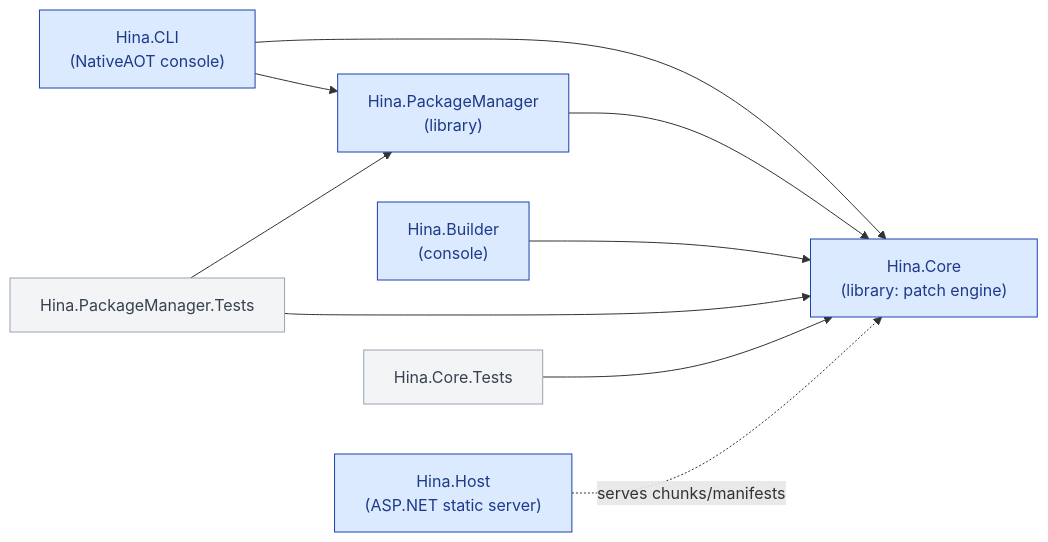
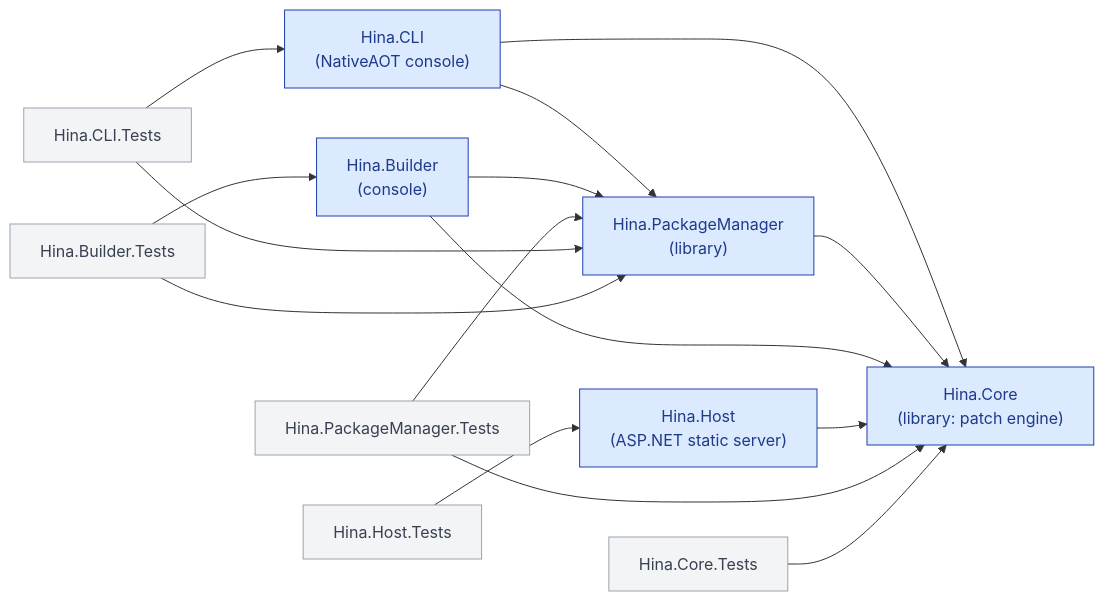
The first of 20 diagrams in docs/Diagrams.md (Arutosio/Hina), drawn with Mermaid before and after one commit. The commit also changed other lines of this file and 4 other files, not shown here.

First line of the commit message:
docs: refresh architecture, diagrams, troubleshooting and changelog

````diff
--- a/docs/Diagrams.md
+++ b/docs/Diagrams.md
@@ -31,24 +32,33 @@
 ```mermaid
 graph LR
     CLI["Hina.CLI<br/>(NativeAOT console)"]
     PM["Hina.PackageManager<br/>(library)"]
     Core["Hina.Core<br/>(library: patch engine)"]
     Builder["Hina.Builder<br/>(console)"]
     Host["Hina.Host<br/>(ASP.NET static server)"]
     CoreT["Hina.Core.Tests"]
     PMT["Hina.PackageManager.Tests"]
+    CLIT["Hina.CLI.Tests"]
+    BuilderT["Hina.Builder.Tests"]
+    HostT["Hina.Host.Tests"]
 
     CLI --> PM
     CLI --> Core
     PM --> Core
     Builder --> Core
+    Builder --> PM
+    Host --> Core
     PMT --> PM
     PMT --> Core
     CoreT --> Core
-    Host -.->|"serves chunks/manifests"| Core
+    CLIT --> CLI
+    CLIT --> PM
+    BuilderT --> Builder
+    BuilderT --> PM
+    HostT --> Host
 
     classDef ship fill:#dbeafe,stroke:#1e40af,color:#1e3a8a;
     classDef test fill:#f3f4f6,stroke:#9ca3af,color:#374151;
     class CLI,PM,Core,Builder,Host ship;
-    class CoreT,PMT test;
+    class CoreT,PMT,CLIT,BuilderT,HostT test;
 ```
````
